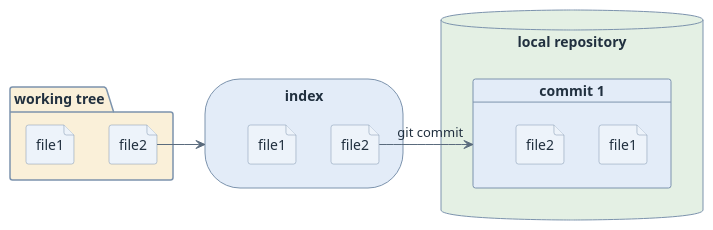
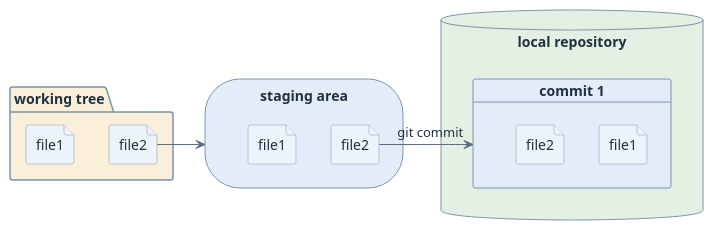
Before and after one commit to htl-leonding-college/curriculum-syp3: the sixth of 9 diagrams in modules/git-basics/index.adoc, drawn with PlantUML. The commit also changed other lines of this file and 2 other files, not shown here.

First line of the commit message:
docs(curriculum): call the index the staging area

```diff
--- a/modules/git-basics/index.adoc
+++ b/modules/git-basics/index.adoc
@@ -269,29 +269,29 @@
 [plantuml,git-commit-v1,svg]
 ----
 @startuml
 <style>
 element { BackgroundColor #EDF3FA; LineColor #7C93AD; FontColor #21303F }
 arrow { LineColor #5A6B7D; FontColor #21303F }
 </style>
 skinparam shadowing false
 skinparam defaultTextAlignment center
 
 folder "working tree" as W #FAF0D9 {
   file "file1" as f1
   file "file2" as f2
 }
-storage "index" as I #E3ECF8 {
+storage "staging area" as I #E3ECF8 {
   file "file1" as i1
   file "file2" as i2
 }
 database "local repository" as L #E4F0E4 {
   card "commit 1" as c1 #E3ECF8 {
     file "file1" as c1f1
     file "file2" as c1f2
   }
 }
 
 f2 -right-> I
 i2 -right-> c1 : git commit
 @enduml
 ----
```
